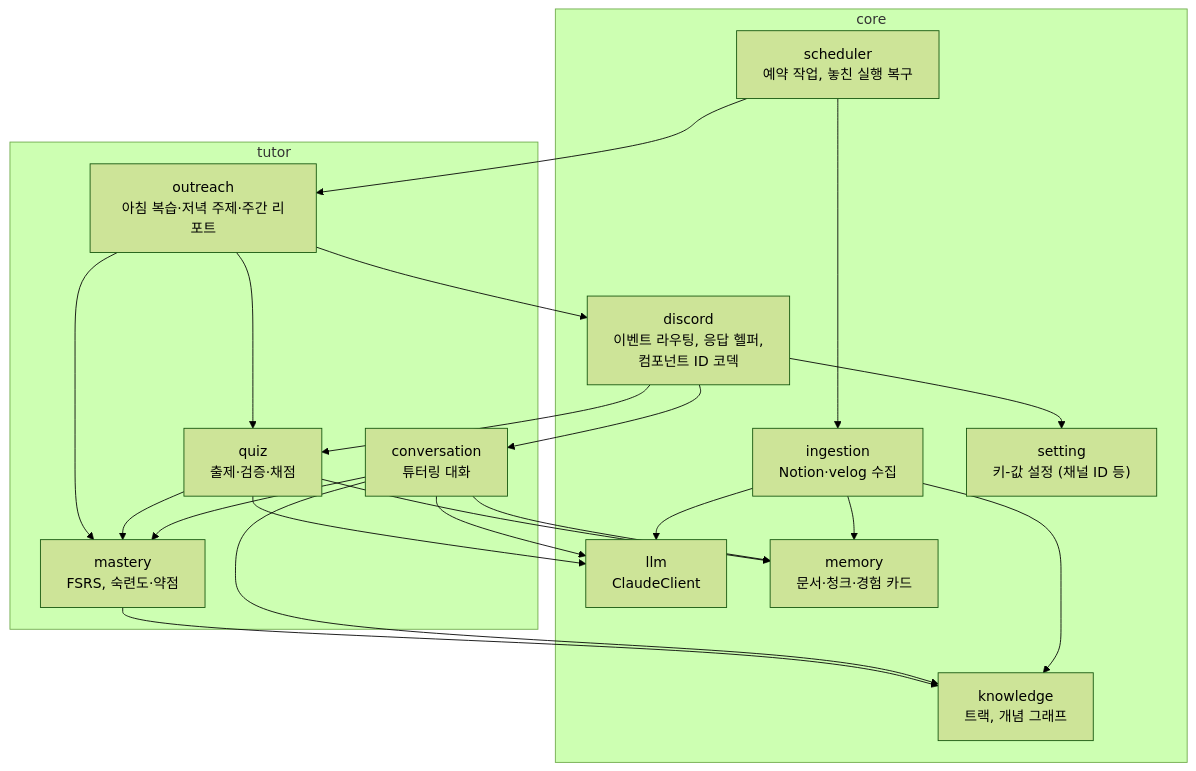
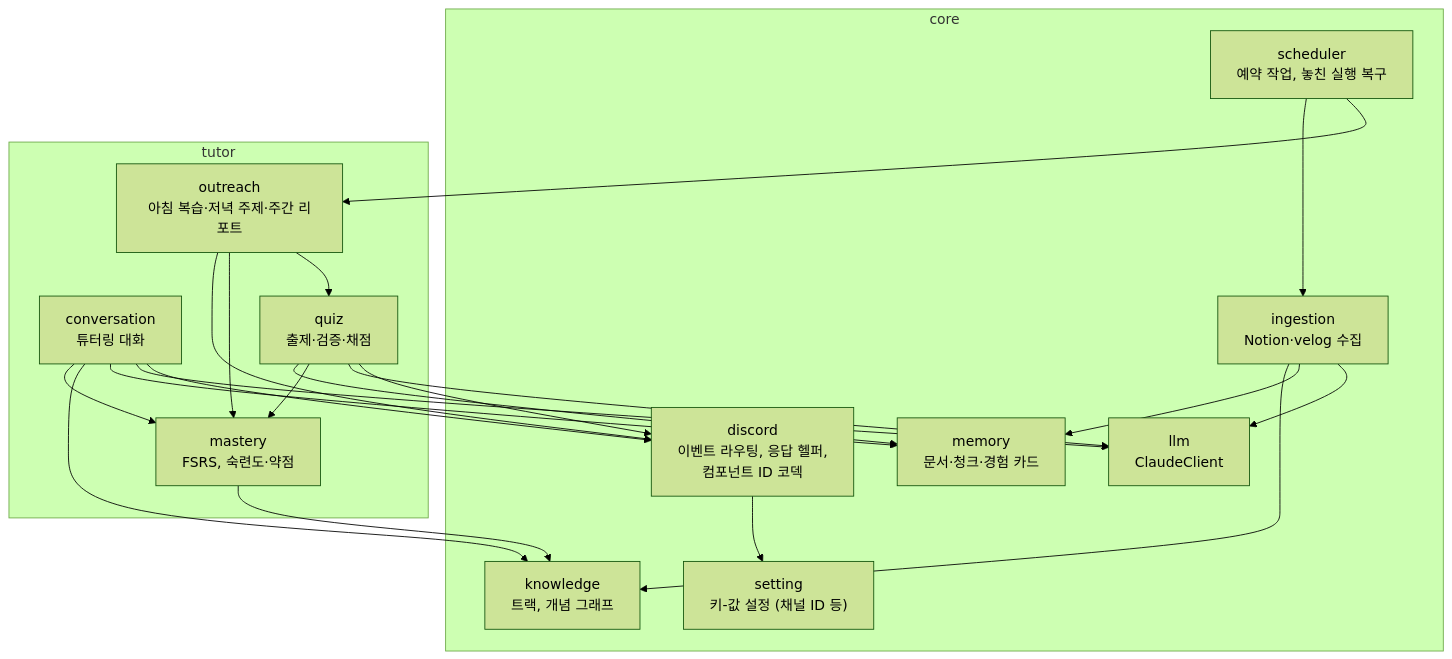
Before and after one commit to Wonchang0314/growth-assistant: the diagram in docs/architecture/c4-3-component.md, drawn with Mermaid (forest theme). The commit also changed other lines of this file and 29 other files, not shown here.

````diff
--- a/docs/architecture/c4-3-component.md
+++ b/docs/architecture/c4-3-component.md
@@ -5,43 +5,43 @@
 ```mermaid
 flowchart TB
     subgraph core
         discordGw["discord<br/>이벤트 라우팅, 응답 헬퍼,<br/>컴포넌트 ID 코덱"]
         llm["llm<br/>ClaudeClient"]
         memory["memory<br/>문서·청크·경험 카드"]
         knowledge["knowledge<br/>트랙, 개념 그래프"]
         ingestion["ingestion<br/>Notion·velog 수집"]
         scheduler["scheduler<br/>예약 작업, 놓친 실행 복구"]
         setting["setting<br/>키-값 설정 (채널 ID 등)"]
     end
 
     subgraph tutor
         conversation["conversation<br/>튜터링 대화"]
         quiz["quiz<br/>출제·검증·채점"]
         mastery["mastery<br/>FSRS, 숙련도·약점"]
         outreach["outreach<br/>아침 복습·저녁 주제·주간 리포트"]
     end
 
-    discordGw --> conversation
-    discordGw --> quiz
+    conversation --> discordGw
+    quiz --> discordGw
     scheduler --> outreach
     scheduler --> ingestion
     discordGw --> setting
 
     ingestion --> llm
     ingestion --> memory
     ingestion --> knowledge
 
     conversation --> llm
     conversation --> memory
     conversation --> knowledge
     conversation --> mastery
 
     quiz --> llm
     quiz --> mastery
     quiz --> memory
 
     mastery --> knowledge
     outreach --> quiz
     outreach --> mastery
     outreach --> discordGw
 ```
````
